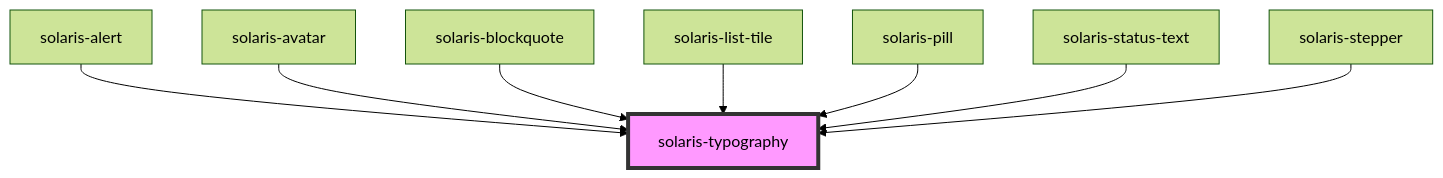
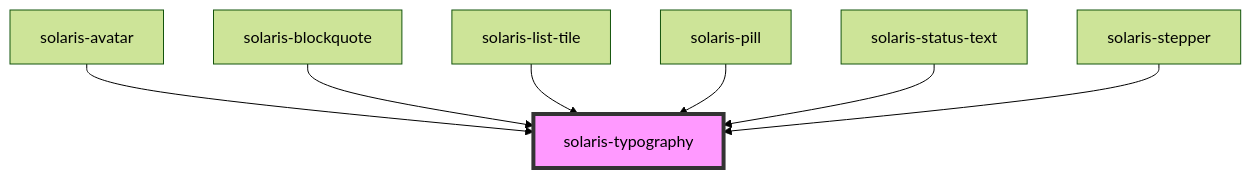
The diagram in packages/solaris-core/src/components/solaris-typography/readme.md (Lynxgsm/solaris-design-system), drawn with Mermaid (forest theme) before and after one commit. The commit also changed other lines of this file and 10 other files, not shown here.

````diff
--- a/packages/solaris-core/src/components/solaris-typography/readme.md
+++ b/packages/solaris-core/src/components/solaris-typography/readme.md
@@ -35,11 +36,10 @@
 ```mermaid
 graph TD;
-  solaris-alert --> solaris-typography
   solaris-avatar --> solaris-typography
   solaris-blockquote --> solaris-typography
   solaris-list-tile --> solaris-typography
   solaris-pill --> solaris-typography
   solaris-status-text --> solaris-typography
   solaris-stepper --> solaris-typography
   style solaris-typography fill:#f9f,stroke:#333,stroke-width:4px
 ```
````
